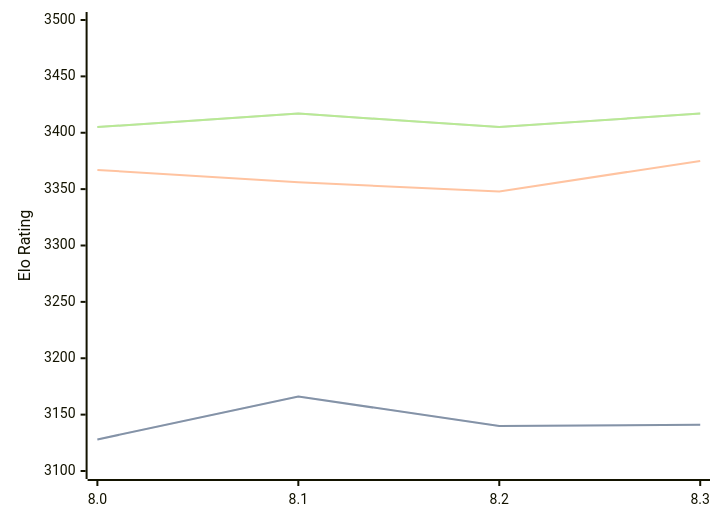
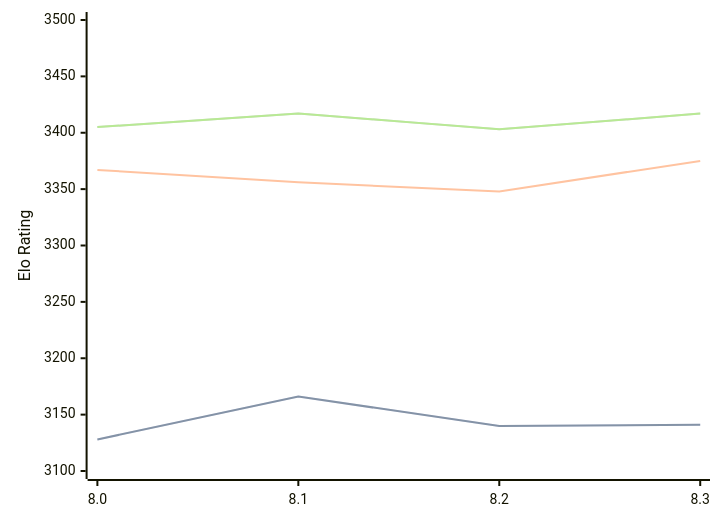
The first of 3 diagrams in engines/Alexander.md (computer-chess-index/cci), drawn with Mermaid before and after one commit. The commit also changed other lines of this file, not shown here.

Commit message:
Update CCI Ratings (ELO VLTC) - 2026-07-09

````diff
--- a/engines/Alexander.md
+++ b/engines/Alexander.md
@@ -48,11 +48,11 @@
 ```mermaid
 %%{init: {"theme":"base","themeVariables":{"seriesColors:['#a3a3a3','#222221','#faa371']}}}%%
 xychart-beta
   x-axis ["8.0", "8.1", "8.2", "8.3"]
   y-axis "Elo Rating" 3100 --> 3500
   line "STC (8.0+0.08s)" [3128, 3166, 3140, 3141]
   line "STC (8.0+0.08s)" [3128, 3166, 3140, 3141]
   line "LTC (60.0+0.60s)" [3367, 3356, 3348, 3375]
-  line "VLTC (2m24s+1.12s)" [3405, 3417, 3405, 3417]
-  line "VLTC (2m24s+1.12s)" [3405, 3417, 3405, 3417]
+  line "VLTC (2m24s+1.12s)" [3405, 3417, 3403, 3417]
+  line "VLTC (2m24s+1.12s)" [3405, 3417, 3403, 3417]
 ```
````
